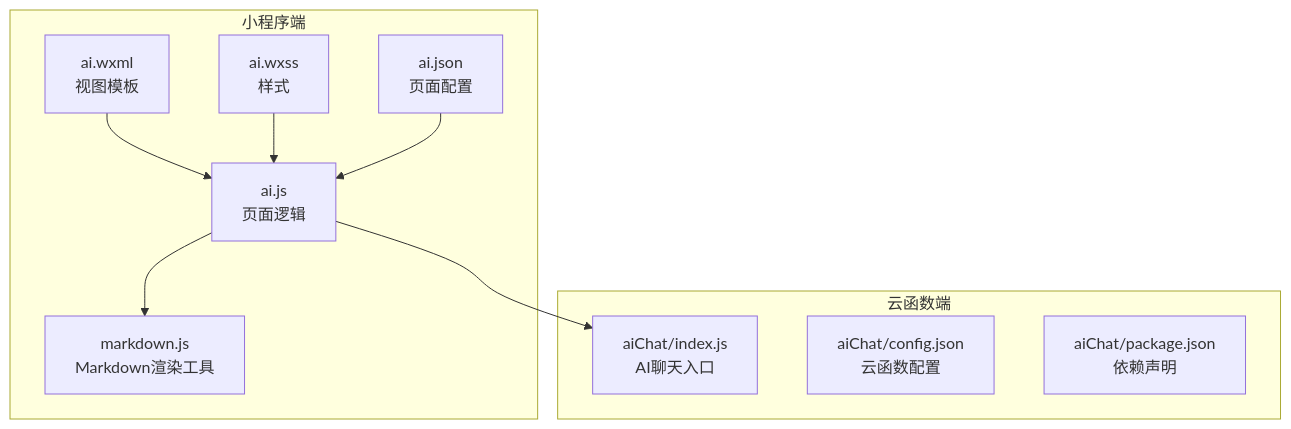
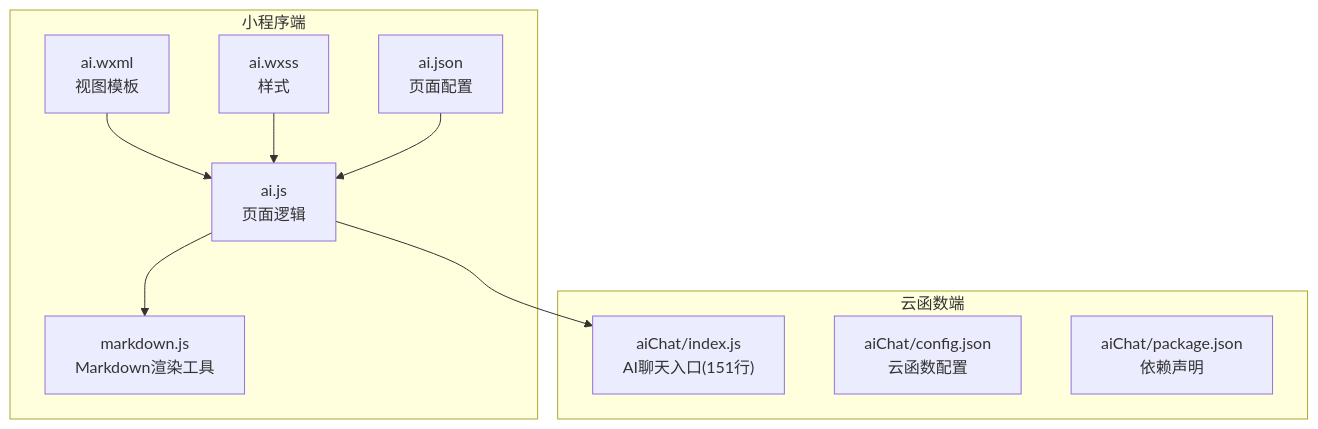
One commit to cwb7756/bio changed the first of 9 diagrams in .qoder/repowiki/zh/content/核心功能模块/AI智能助手.md. Above: the diagram before and after it, drawn with Mermaid. The commit also changed other lines of this file and 46 other files, not shown here.

````diff
--- a/.qoder/repowiki/zh/content/核心功能模块/AI智能助手.md
+++ b/.qoder/repowiki/zh/content/核心功能模块/AI智能助手.md
@@ -41,20 +50,20 @@
 ```mermaid
 graph TB
 subgraph "小程序端"
 A["ai.js<br/>页面逻辑"]
 B["ai.wxml<br/>视图模板"]
 C["ai.wxss<br/>样式"]
 D["ai.json<br/>页面配置"]
 E["markdown.js<br/>Markdown渲染工具"]
 end
 subgraph "云函数端"
-F["aiChat/index.js<br/>AI聊天入口"]
+F["aiChat/index.js<br/>AI聊天入口(151行)"]
 G["aiChat/config.json<br/>云函数配置"]
 H["aiChat/package.json<br/>依赖声明"]
 end
 A --> F
 B --> A
 C --> A
 D --> A
 A --> E
 ```
````
